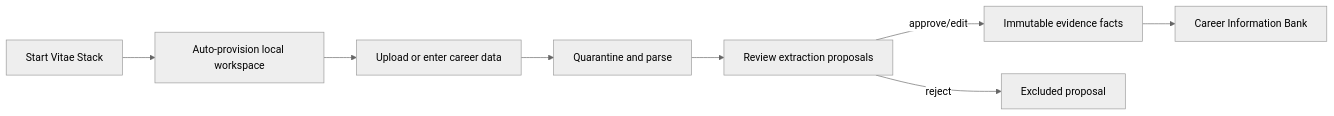
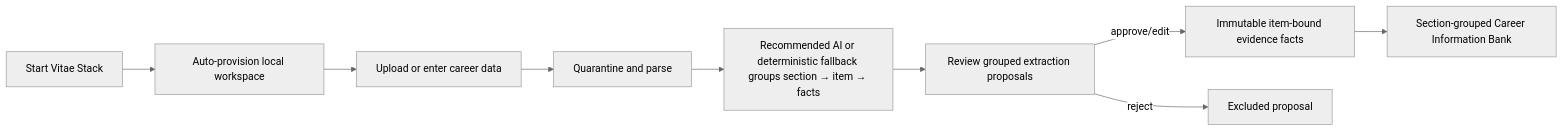
The first of 2 diagrams in docs/product/USER_FLOWS.md (Kasu724/vitae-stack), drawn with Mermaid (neutral theme) before and after one commit. The commit also changed other lines of this file and 14 other files, not shown here.

````diff
--- a/docs/product/USER_FLOWS.md
+++ b/docs/product/USER_FLOWS.md
@@ -5,10 +5,11 @@
 ```mermaid
 flowchart LR
   A[Start Vitae Stack] --> C[Auto-provision local workspace]
   C --> E[Upload or enter career data]
   E --> F[Quarantine and parse]
-  F --> G[Review extraction proposals]
-  G -->|approve/edit| H[Immutable evidence facts]
-  G -->|reject| I[Excluded proposal]
-  H --> J[Career Information Bank]
+  F --> G[Recommended AI or deterministic fallback groups section → item → facts]
+  G --> H[Review grouped extraction proposals]
+  H -->|approve/edit| I[Immutable item-bound evidence facts]
+  H -->|reject| X[Excluded proposal]
+  I --> J[Section-grouped Career Information Bank]
 ```
````
